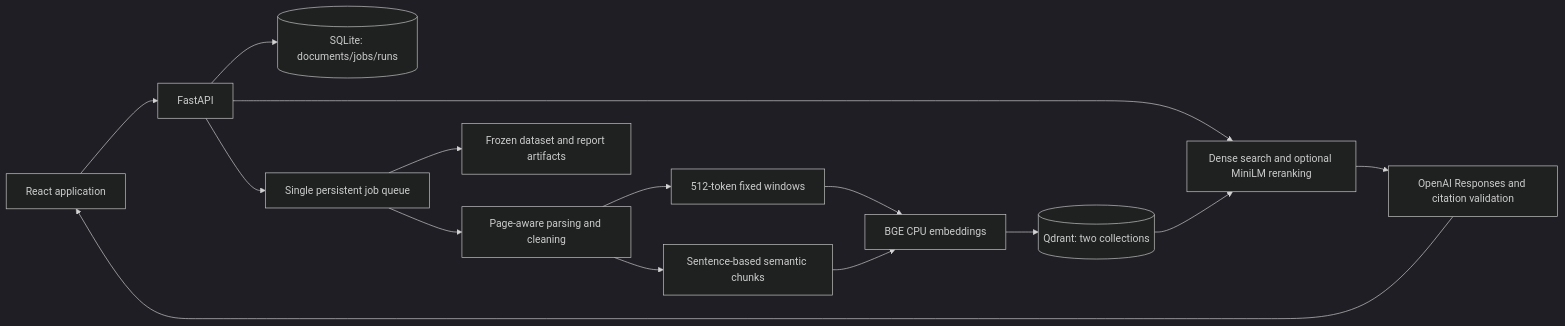
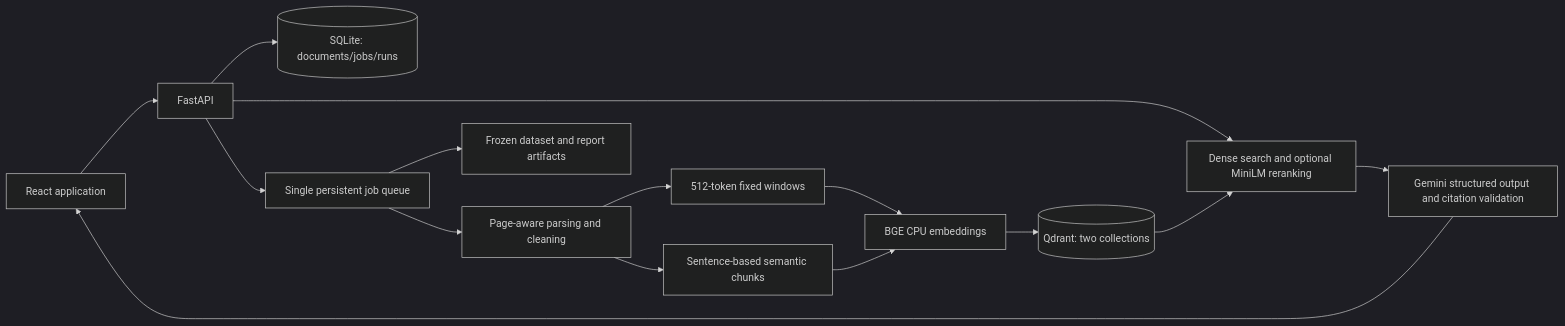
The diagram in README.md (Minhaj225/Evidence-Workbench), drawn with Mermaid (dark theme) before and after one commit. The commit also changed other lines of this file and 18 other files, not shown here.

Commit message:
Replace OpenAI with Gemini

````diff
--- a/README.md
+++ b/README.md
@@ -58,17 +58,17 @@
 ```mermaid
 flowchart LR
     Browser[React application] --> API[FastAPI]
     API --> DB[(SQLite: documents/jobs/runs)]
     API --> Queue[Single persistent job queue]
     Queue --> Parse[Page-aware parsing and cleaning]
     Parse --> Fixed[512-token fixed windows]
     Parse --> Semantic[Sentence-based semantic chunks]
     Fixed --> Embed[BGE CPU embeddings]
     Semantic --> Embed
     Embed --> Vectors[(Qdrant: two collections)]
     API --> Retrieve[Dense search and optional MiniLM reranking]
     Vectors --> Retrieve
-    Retrieve --> Generate[OpenAI Responses and citation validation]
+    Retrieve --> Generate[Gemini structured output and citation validation]
     Generate --> Browser
     Queue --> Evaluate[Frozen dataset and report artifacts]
 ```
````
